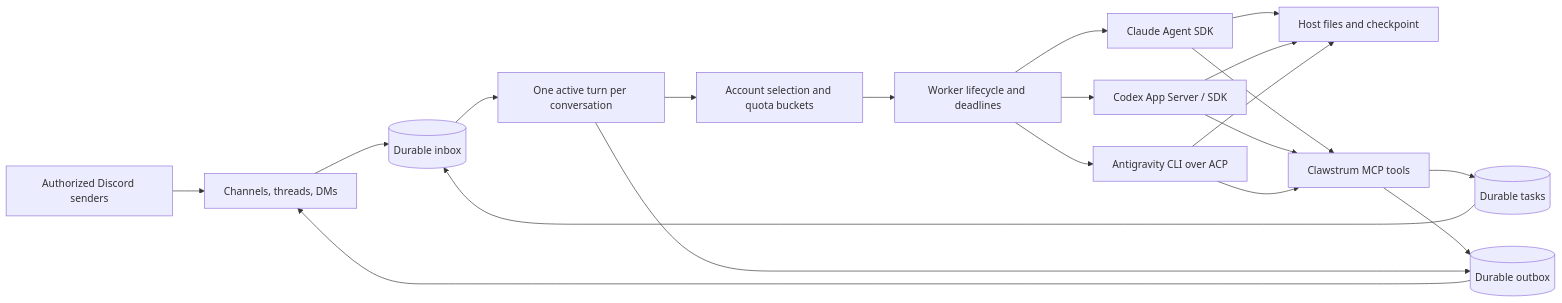
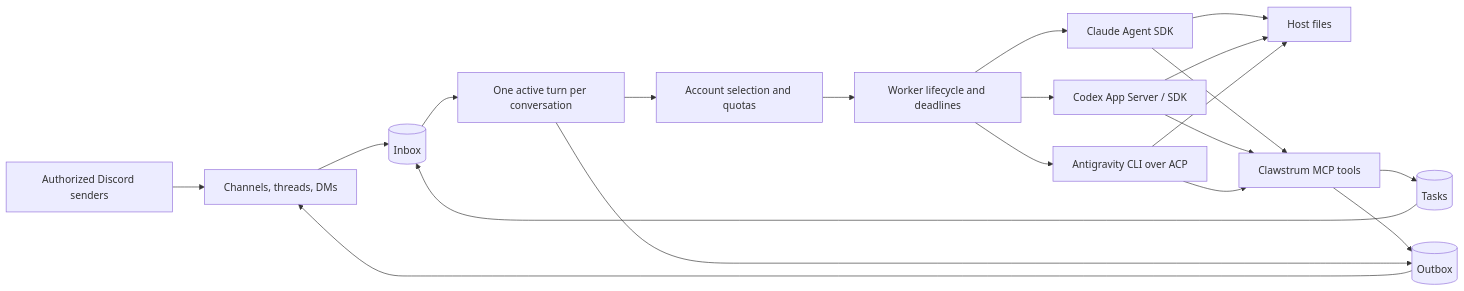
The diagram in docs/architecture.md (Clawstrum/Clawstrum), drawn with Mermaid before and after one commit. The commit also changed other lines of this file and 25 other files, not shown here.

````diff
--- a/docs/architecture.md
+++ b/docs/architecture.md
@@ -5,22 +5,22 @@
 ```mermaid
 flowchart LR
   User[Authorized Discord senders] --> Discord[Channels, threads, DMs]
-  Discord --> Inbox[(Durable inbox)]
+  Discord --> Inbox[(Inbox)]
   Inbox --> Engine[One active turn per conversation]
-  Engine --> Pool[Account selection and quota buckets]
+  Engine --> Pool[Account selection and quotas]
   Pool --> Supervisor[Worker lifecycle and deadlines]
   Supervisor --> Claude[Claude Agent SDK]
   Supervisor --> Codex[Codex App Server / SDK]
   Supervisor --> Gemini[Antigravity CLI over ACP]
-  Claude --> Workspace[Host files and checkpoint]
+  Claude --> Workspace[Host files]
   Codex --> Workspace
   Gemini --> Workspace
   Claude --> MCP[Clawstrum MCP tools]
   Codex --> MCP
   Gemini --> MCP
-  MCP --> Outbox[(Durable outbox)]
+  MCP --> Outbox[(Outbox)]
   Engine --> Outbox
   Outbox --> Discord
-  MCP --> Tasks[(Durable tasks)]
+  MCP --> Tasks[(Tasks)]
   Tasks --> Inbox
 ```
````
